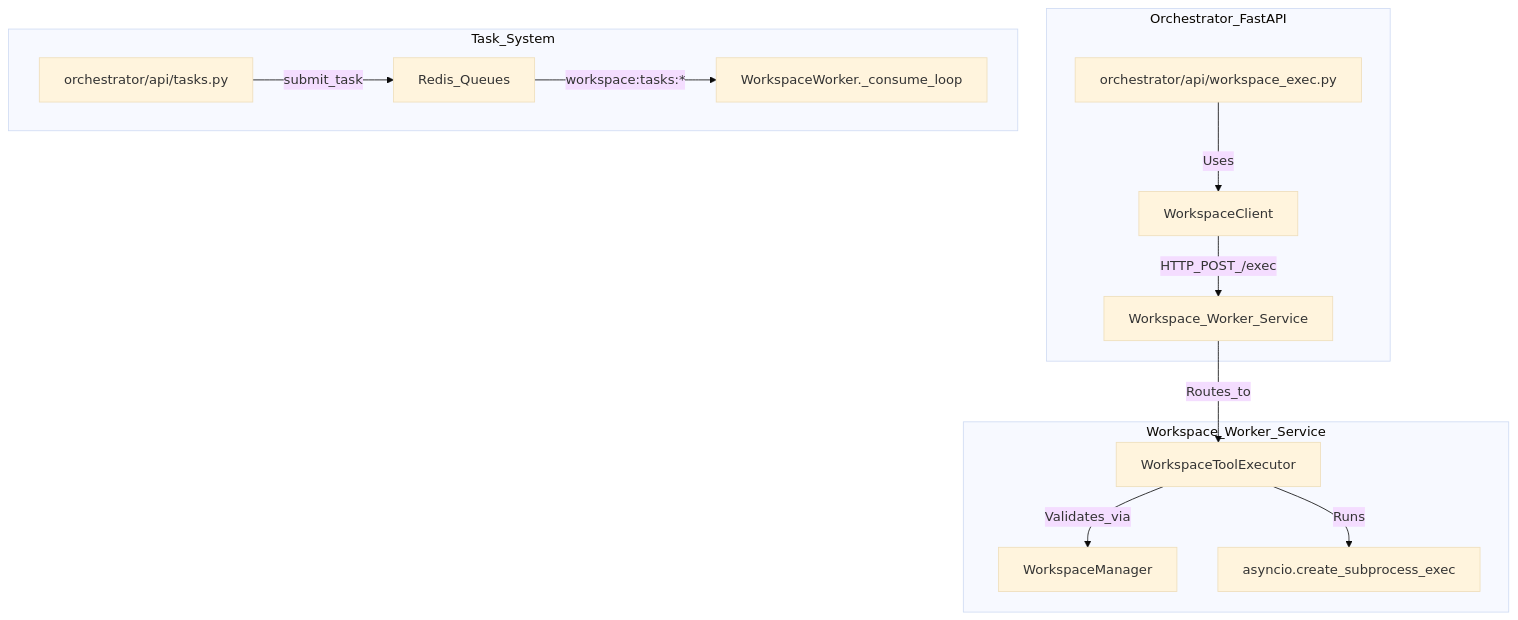
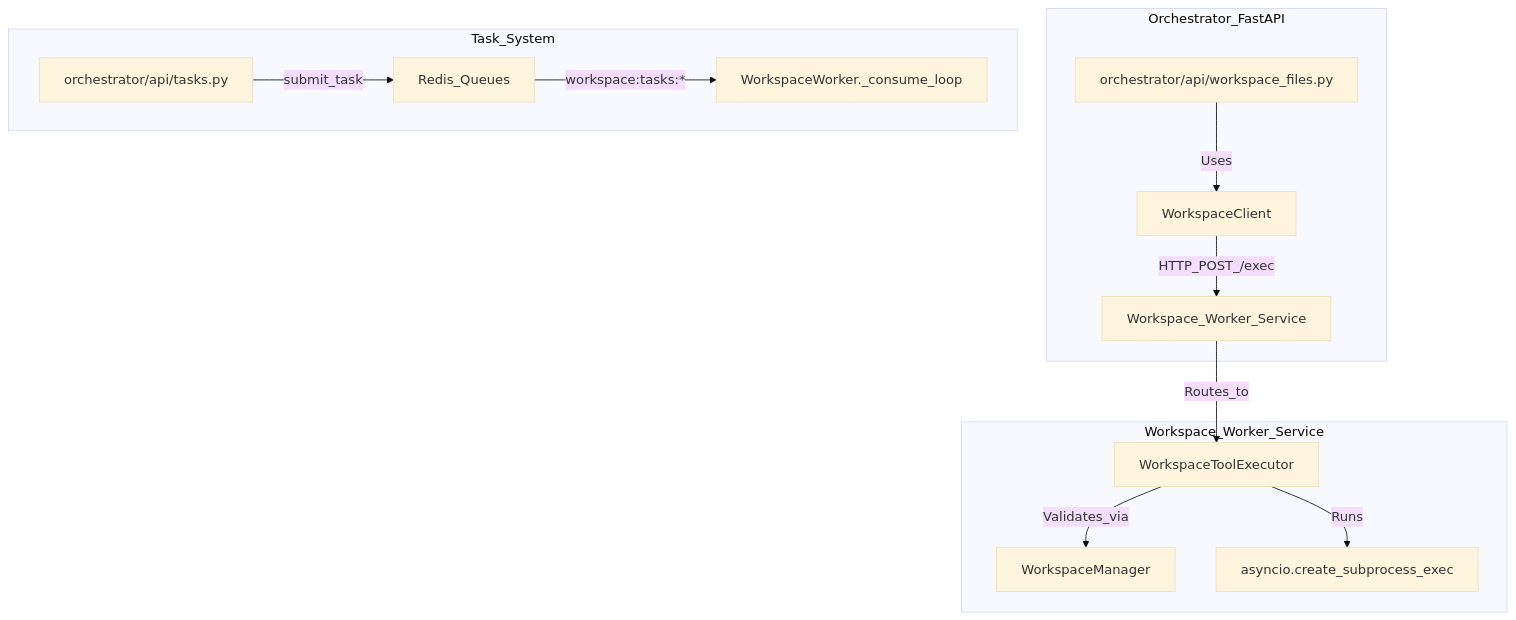
One commit to AutomatosAI/automatos-ai changed the first of 3 diagrams in docs/workspace-execution/file-operations-command-execution.md. Above: the diagram before and after it, drawn with Mermaid (base theme). The commit also changed other lines of this file and 191 other files, not shown here.

````diff
--- a/docs/workspace-execution/file-operations-command-execution.md
+++ b/docs/workspace-execution/file-operations-command-execution.md
@@ -43,18 +54,18 @@
 ```mermaid
 graph TD
     subgraph "Orchestrator_FastAPI"
-        A["orchestrator/api/workspace_exec.py"] -- "Uses" --> B["WorkspaceClient"]
+        A["orchestrator/api/workspace_files.py"] -- "Uses" --> B["WorkspaceClient"]
         B -- "HTTP_POST_/exec" --> C["Workspace_Worker_Service"]
     end
 
     subgraph "Workspace_Worker_Service"
         C -- "Routes_to" --> D["WorkspaceToolExecutor"]
         D -- "Validates_via" --> E["WorkspaceManager"]
         D -- "Runs" --> F["asyncio.create_subprocess_exec"]
     end
 
     subgraph "Task_System"
         G["orchestrator/api/tasks.py"] -- "submit_task" --> H["Redis_Queues"]
         H -- "workspace:tasks:*" --> I["WorkspaceWorker._consume_loop"]
     end
 ```
````
